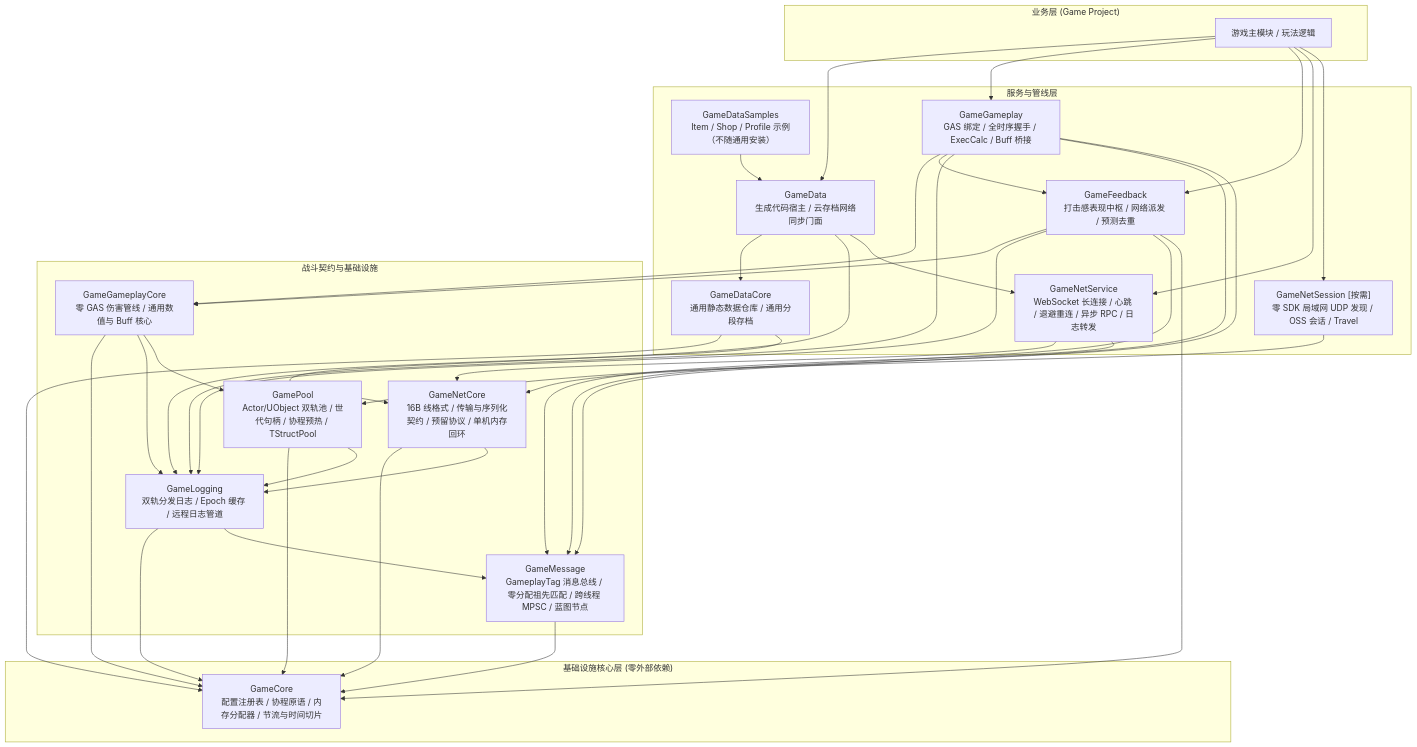
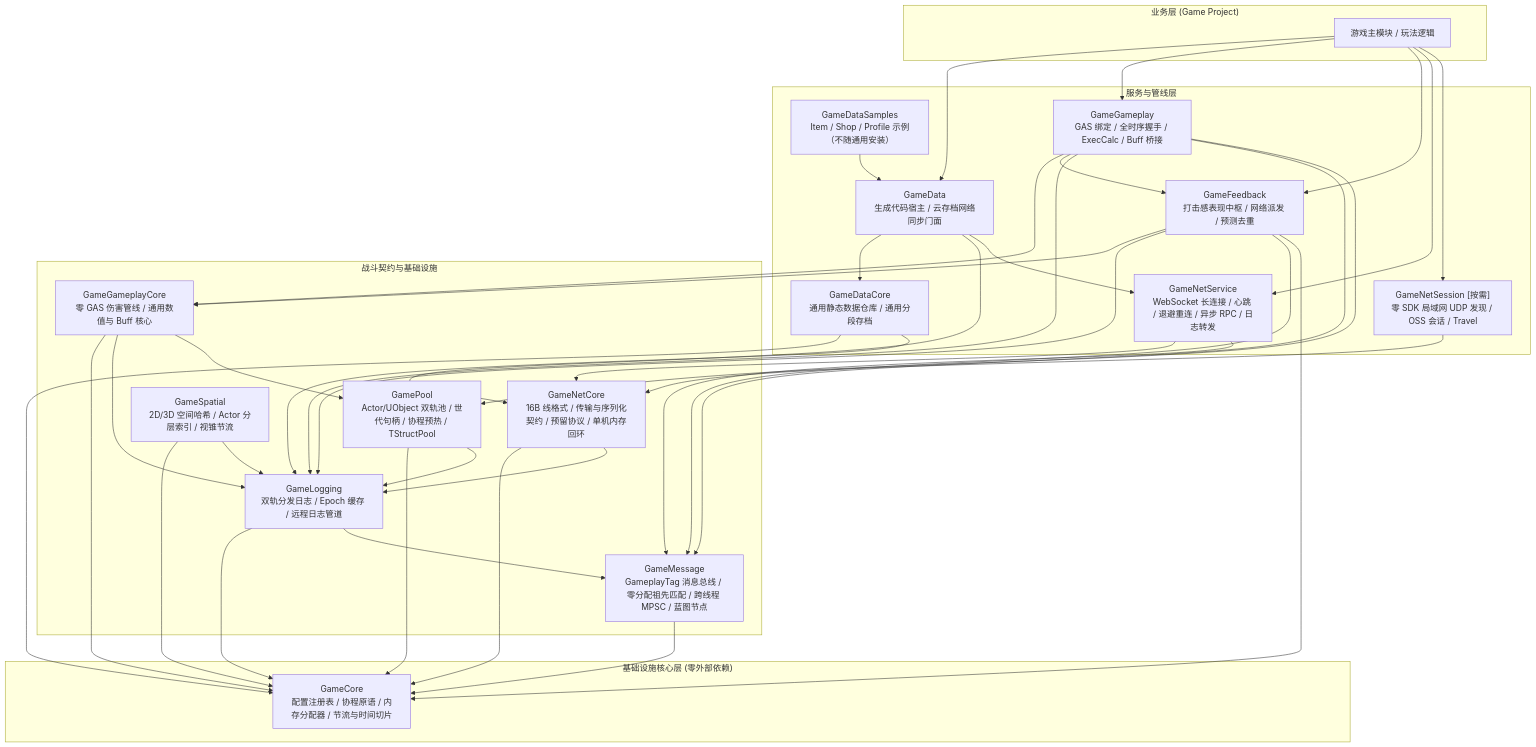
One commit to YIice-cwj/ue5-toolkit changed the diagram in README.md. Above: the diagram before and after it, drawn with Mermaid. The commit also changed other lines of this file, not shown here.

Commit message:
docs(architecture): 在根 README 插件生态矩阵与目录树补齐 GameSpatial 条目
- 根目录架构文档同步：
  1. 在 README.md 的 Mermaid 依赖拓扑图、核心插件矩阵表与工程目录树中补齐 Layer 1 插件 GameSpatial 的职责定位、依赖关系与文档入口。

````diff
--- a/README.md
+++ b/README.md
@@ -20,62 +20,65 @@
 ```mermaid
 graph TD
     subgraph Layer3["业务层 (Game Project)"]
         MyGame["游戏主模块 / 玩法逻辑"]
     end
 
     subgraph Layer2["服务与管线层"]
         GameDataCore["GameDataCore<br>通用静态数据仓库 / 通用分段存档"]
         GameData["GameData<br>生成代码宿主 / 云存档网络同步门面"]
         GameDataSamples["GameDataSamples<br>Item / Shop / Profile 示例（不随通用安装）"]
         GameGameplay["GameGameplay<br>GAS 绑定 / 全时序握手 / ExecCalc / Buff 桥接"]
         GameFeedback["GameFeedback<br>打击感表现中枢 / 网络派发 / 预测去重"]
         GameNetService["GameNetService<br>WebSocket 长连接 / 心跳 / 退避重连 / 异步 RPC / 日志转发"]
         GameNetSession["GameNetSession [按需]<br>零 SDK 局域网 UDP 发现 / OSS 会话 / Travel"]
     end
 
     subgraph Layer1["战斗契约与基础设施"]
         GameGameplayCore["GameGameplayCore<br>零 GAS 伤害管线 / 通用数值与 Buff 核心"]
         GameNetCore["GameNetCore<br>16B 线格式 / 传输与序列化契约 / 预留协议 / 单机内存回环"]
         GamePool["GamePool<br>Actor/UObject 双轨池 / 世代句柄 / 协程预热 / TStructPool"]
+        GameSpatial["GameSpatial<br>2D/3D 空间哈希 / Actor 分层索引 / 视锥节流"]
         GameLogging["GameLogging<br>双轨分发日志 / Epoch 缓存 / 远程日志管道"]
         GameMessage["GameMessage<br>GameplayTag 消息总线 / 零分配祖先匹配 / 跨线程 MPSC / 蓝图节点"]
     end
 
     subgraph Layer0["基础设施核心层 (零外部依赖)"]
         GameCore["GameCore<br>配置注册表 / 协程原语 / 内存分配器 / 节流与时间切片"]
     end
 
     MyGame --> GameData
     MyGame --> GameGameplay
     MyGame --> GameFeedback
     MyGame --> GameNetService
     MyGame --> GameNetSession
     GameDataSamples --> GameData
     GameData --> GameDataCore
     GameData --> GameNetCore
     GameData --> GameNetService
     GameGameplay --> GameGameplayCore
     GameGameplay --> GameFeedback
     GameGameplay --> GameLogging
     GameGameplay --> GameMessage
     GameGameplay --> GamePool
     GameFeedback --> GameGameplayCore
     GameFeedback --> GameLogging
     GameFeedback --> GameMessage
     GameFeedback --> GameCore
     GameNetService --> GameNetCore
     GameNetService --> GameMessage
     GameNetSession --> GameNetCore
     GameNetCore --> GameCore
     GameNetCore --> GameLogging
     GameGameplayCore --> GameCore
     GameGameplayCore --> GameLogging
     GameGameplayCore --> GamePool
     GamePool --> GameCore
     GamePool --> GameLogging
+    GameSpatial --> GameCore
+    GameSpatial --> GameLogging
     GameDataCore --> GameCore
     GameDataCore --> GameLogging
     GameLogging --> GameCore
     GameLogging --> GameMessage
     GameMessage --> GameCore
 ```
````
